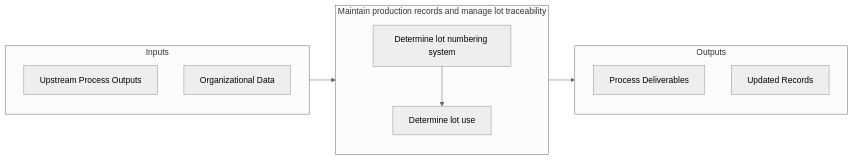
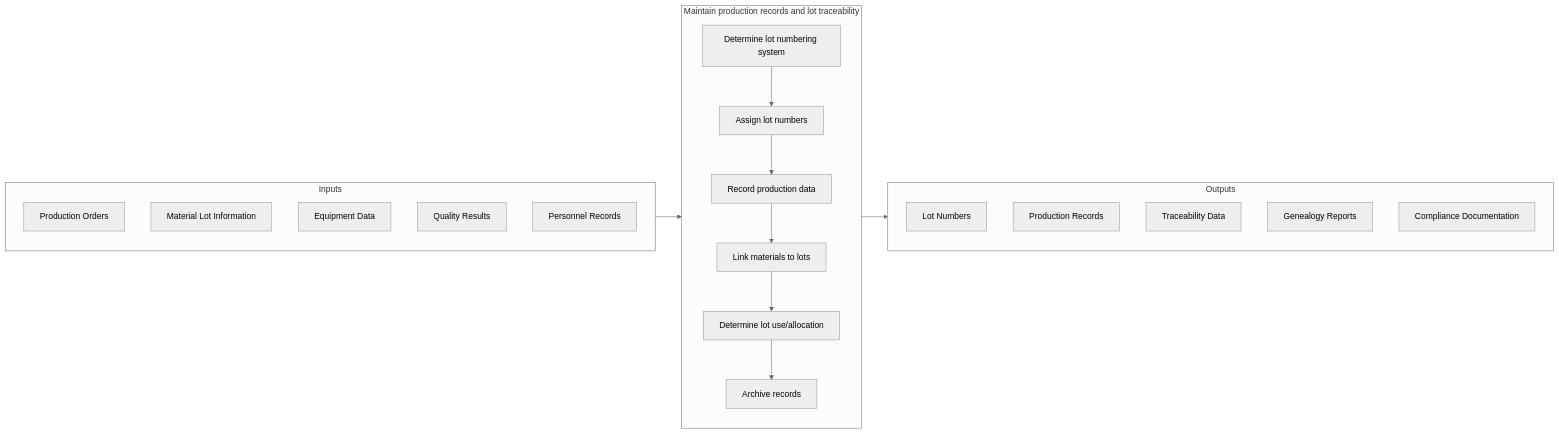
The second of 2 diagrams in processes/04-Delivery/4.3-ProduceAssembleTestProduct/4.3.4-MaintainProductionRecordsManage/index.mdx (kziemski/business.org.ai), drawn with Mermaid (neutral theme) before and after one commit. The commit also changed other lines of this file and 885 other files, not shown here.

````diff
--- a/processes/04-Delivery/4.3-ProduceAssembleTestProduct/4.3.4-MaintainProductionRecordsManage/index.mdx
+++ b/processes/04-Delivery/4.3-ProduceAssembleTestProduct/4.3.4-MaintainProductionRecordsManage/index.mdx
@@ -60,20 +60,31 @@
 ```mermaid
 flowchart LR
     subgraph Inputs["Inputs"]
-        I1["Upstream Process Outputs"]
-        I2["Organizational Data"]
+        I1["Production Orders"]
+        I2["Material Lot Information"]
+        I3["Equipment Data"]
+        I4["Quality Results"]
+        I5["Personnel Records"]
     end
 
-    subgraph Process["Maintain production records and manage lot traceability"]
+    subgraph Process["Maintain production records and lot traceability"]
         S1["Determine lot numbering system"]
-        S2["Determine lot use"]
+        S2["Assign lot numbers"]
+        S3["Record production data"]
+        S4["Link materials to lots"]
+        S5["Determine lot use/allocation"]
+        S6["Archive records"]
+
+        S1 --> S2 --> S3 --> S4 --> S5 --> S6
     end
 
     subgraph Outputs["Outputs"]
-        O1["Process Deliverables"]
-        O2["Updated Records"]
+        O1["Lot Numbers"]
+        O2["Production Records"]
+        O3["Traceability Data"]
+        O4["Genealogy Reports"]
+        O5["Compliance Documentation"]
     end
 
     Inputs --> Process --> Outputs
-    S1 --> S2
 ```
````
